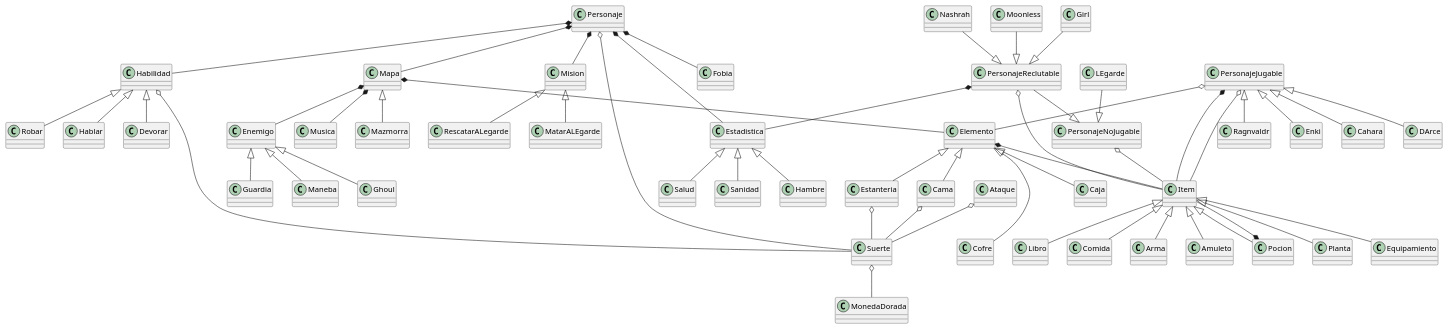
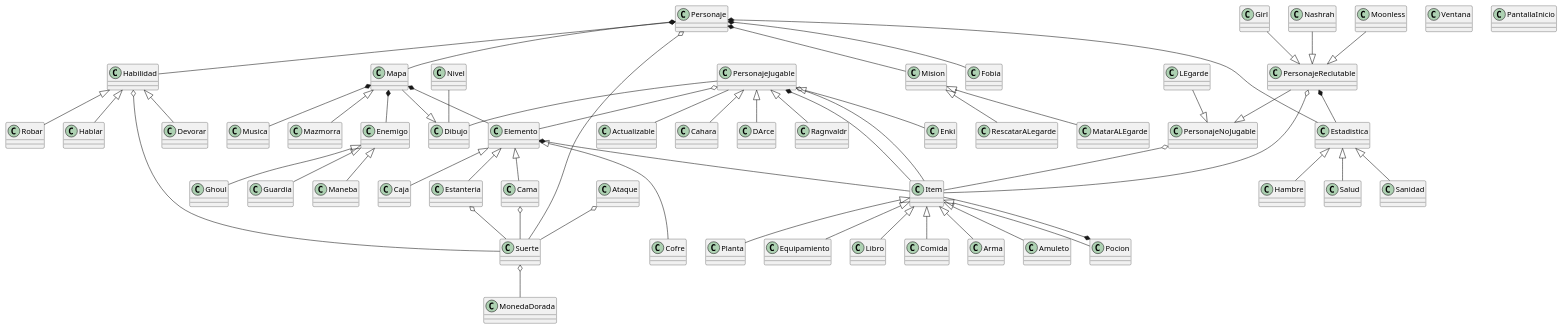
One commit to Balkazetzer/FearNHunger changed the diagram in docs/DiagramaPUML.puml. Above: the diagram before and after it, drawn with PlantUML.

```diff
--- a/docs/DiagramaPUML.puml
+++ b/docs/DiagramaPUML.puml
@@ -1,132 +1,134 @@
 @startuml FearNHunger
 
 class Mapa
- class Mazmorra
- class Musica 
+class Mazmorra
+class Musica 
+class Nivel
+class Ventana
+class Dibujo
+class PantallaInicio
+class Actualizable
 
 Mapa <|-- Mazmorra
 Mapa *-- Musica
 Mapa *-- Elemento
 Mapa *-- Enemigo
 
 Personaje *-- Mapa
 
+Nivel -- Dibujo
+Mapa --|> Dibujo
+PersonajeJugable -- Dibujo 
+PersonajeJugable -- Actualizable
+
 class Elemento
  class Cofre 
  class Estanteria
- class Caja
  class Cama
 
 Elemento <|--- Cofre
 Elemento <|-- Estanteria
 Elemento <|-- Caja
 Elemento <|-- Cama
 
 PersonajeJugable o-- Elemento
 Elemento *-- Item
 
 class Item
  class Equipamiento
  class Libro 
  class Comida 
  class Arma 
  class Amuleto
  class Pocion
  class Planta
  class MonedaDorada
 
 Suerte o-- MonedaDorada 
 
 PersonajeJugable *-- Item
 PersonajeJugable o-- Item
 PersonajeNoJugable o-- Item
 
 Item <|-- Equipamiento
 Item <|-- Libro
 Item <|-- Comida 
 Item <|-- Arma 
 Item <|-- Amuleto 
 Item <|-- Pocion 
 Item <|-- Planta 
 
 Pocion *-- Item
 
 class Enemigo
 class Guardia
 class Maneba 
 class Ghoul
 
 Enemigo <|-- Guardia
 Enemigo <|-- Maneba
 Enemigo <|-- Ghoul
 
 class Ataque
 
 Ataque o-- Suerte
 Cama o-- Suerte
 Estanteria o-- Suerte 
 Habilidad o-- Suerte
 
 class Suerte 
 
 class Personaje 
  class PersonajeJugable
   class Cahara 
   class DArce 
   class Ragnvaldr
   class Enki
  class PersonajeNoJugable
   class Girl 
   class LEgarde
   class Nashrah
   class Moonless
 
  class PersonajeReclutable
 
  PersonajeReclutable --|> PersonajeNoJugable
  PersonajeReclutable o-- Item
  PersonajeReclutable *-- Estadistica
 
  Girl --|> PersonajeReclutable
  Moonless --|>PersonajeReclutable
  Nashrah --|>PersonajeReclutable
  LEgarde --|> PersonajeNoJugable
 
 PersonajeJugable <|-- Enki
 PersonajeJugable <|-- DArce
 PersonajeJugable <|-- Ragnvaldr
 PersonajeJugable <|-- Cahara
 
 Personaje *-- Estadistica
 Personaje *-- Fobia 
 Personaje *-- Mision
 Personaje *-- Habilidad
 Personaje o-- Suerte
 
 Estadistica <|-- Salud
 Estadistica <|-- Sanidad
 Estadistica <|-- Hambre
 
- class Estadistica
+class Estadistica
   class Salud 
   class Sanidad 
   class Hambre 
   class Fobia
-  class Habilidad
-   class Devorar
-   class Robar 
-   class Hablar 
+  
+class Habilidad  
+   Habilidad <|-- Devorar  
+   Habilidad <|-- Robar   
+   Habilidad <|-- Hablar   
 
-   Habilidad <|-- Devorar
-   Habilidad <|-- Robar 
-   Habilidad <|-- Hablar 
+  class Mision  
+   Mision <|-- RescatarALegarde  
+   Mision <|-- MatarALEgarde  
 
-  class Mision
-   class MatarALEgarde
-   class RescatarALegarde
-
-Mision <|-- RescatarALegarde
-Mision <|-- MatarALEgarde
-
-
-@enduml
+@enduml  
```
